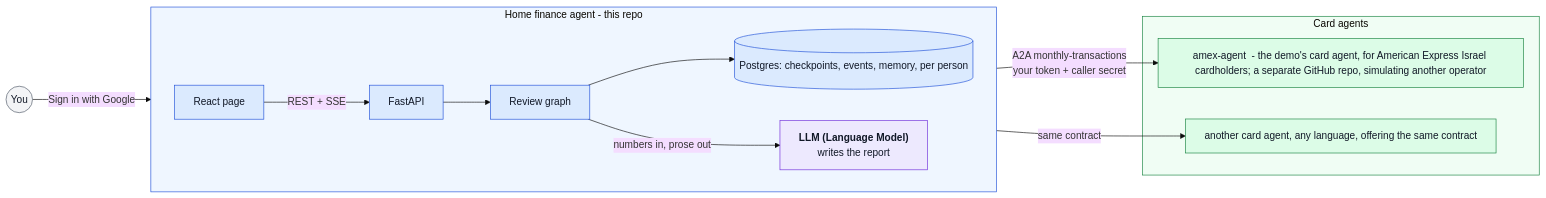
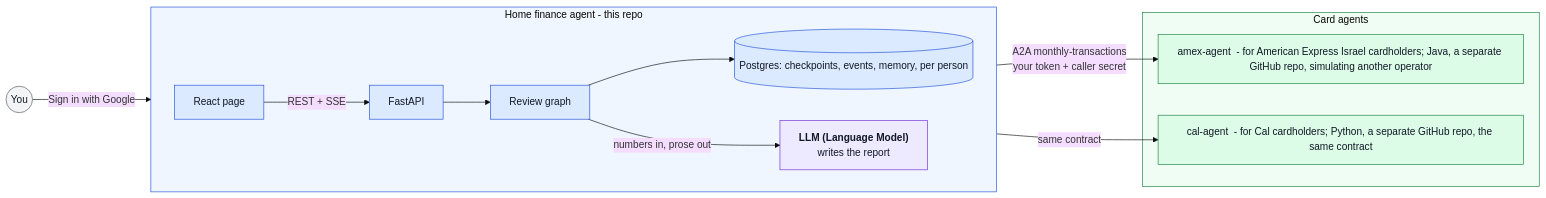
Before and after one commit to erancha/home-finance-agent: the diagram in README.md, drawn with Mermaid (base theme). The commit also changed other lines of this file and 3 other files, not shown here.

First line of the commit message:
Name cal-agent beside amex-agent as the demo's card agents

````diff
--- a/README.md
+++ b/README.md
@@ -25,29 +26,29 @@
 ```mermaid
 %%{init: {"flowchart": {"wrappingWidth": 520}}}%%
 flowchart LR
   U((You)) -->|Sign in with Google| P
   subgraph HFA[Home finance agent  - this repo]
     direction LR
     P[React page] -->|REST + SSE| M[FastAPI]
     M --> G[Review graph]
     G --> DB[(Postgres: checkpoints, events, memory, per person)]
     G -->|numbers in, prose out| L["<b>LLM (Language Model)</b><br/>writes the report"]
   end
   subgraph CARDS[Card agents]
-    A["amex-agent  - the demo's card agent, for American Express Israel cardholders; a separate GitHub repo, simulating another operator"]
-    B["another card agent, any language, offering the same contract"]
+    A["amex-agent  - for American Express Israel cardholders; Java, a separate GitHub repo, simulating another operator"]
+    B["cal-agent  - for Cal cardholders; Python, a separate GitHub repo, the same contract"]
   end
   G -->|A2A monthly-transactions<br/>your token + caller secret| A
   G -->|same contract| B
   classDef user fill:#f3f4f6,stroke:#4b5563,color:#111827
   classDef hfa fill:#dbeafe,stroke:#1d4ed8,color:#111827
   classDef amx fill:#dcfce7,stroke:#15803d,color:#111827
   classDef llm fill:#ede9fe,stroke:#6d28d9,color:#111827
   class U user
   class P,M,G,DB hfa
   class L llm
   class A amx
   class B amx
   style HFA fill:#eff6ff,stroke:#1d4ed8
   style CARDS fill:#f0fdf4,stroke:#15803d
 ```
````
